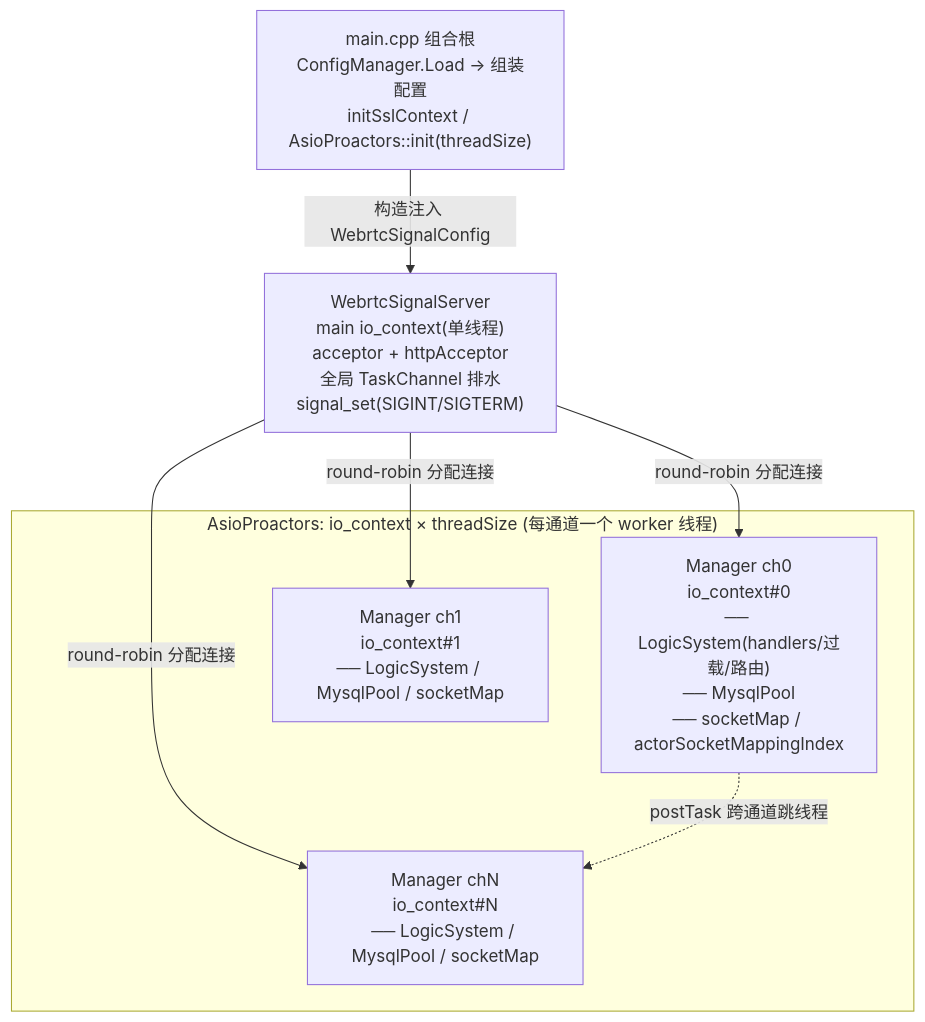
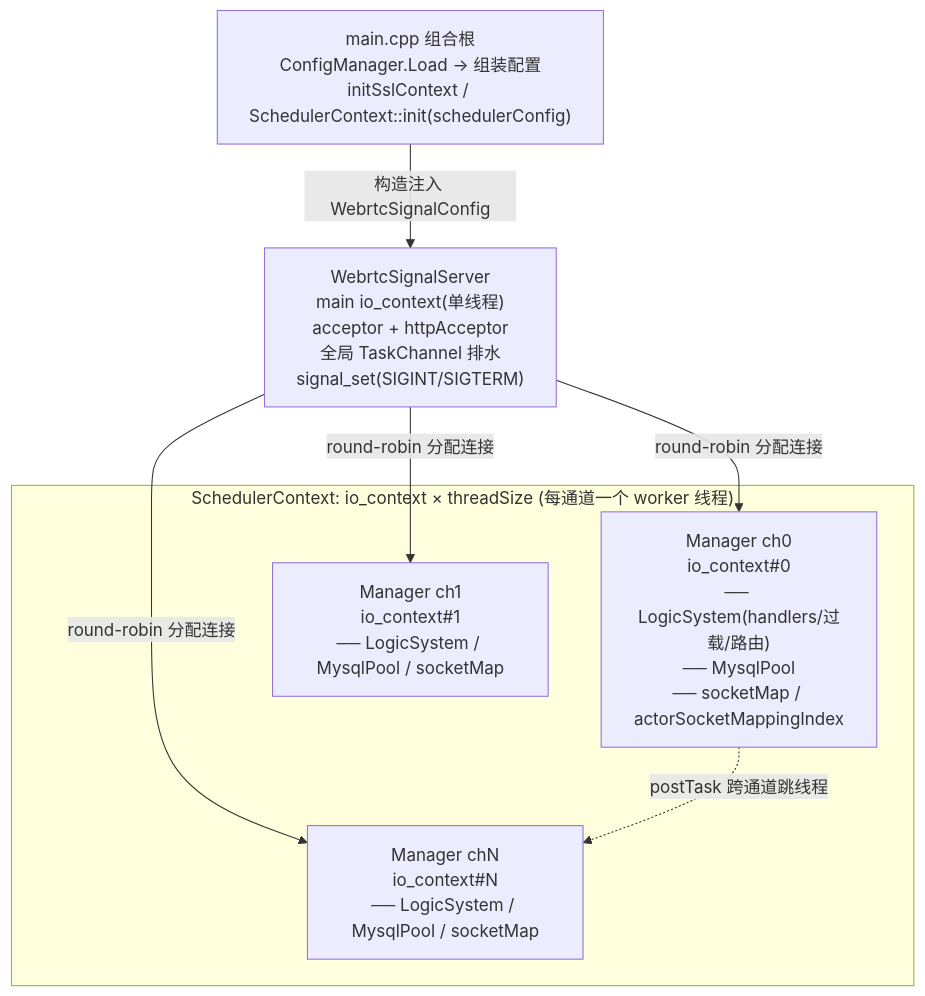
The first of 5 diagrams in WebrtcSignalServer.md (HopeTiga/HopeDesk), drawn with Mermaid before and after one commit. The commit also changed other lines of this file, not shown here.

````diff
--- a/WebrtcSignalServer.md
+++ b/WebrtcSignalServer.md
@@ -79,17 +88,17 @@
 ```mermaid
 flowchart TB
-  main["main.cpp 组合根<br/>ConfigManager.Load → 组装配置<br/>initSslContext / AsioProactors::init(threadSize)"]
+  main["main.cpp 组合根<br/>ConfigManager.Load → 组装配置<br/>initSslContext / SchedulerContext::init(schedulerConfig)"]
   server["WebrtcSignalServer<br/>main io_context(单线程)<br/>acceptor + httpAcceptor<br/>全局 TaskChannel 排水<br/>signal_set(SIGINT/SIGTERM)"]
   main -->|"构造注入 WebrtcSignalConfig"| server
 
-  subgraph pool["AsioProactors: io_context × threadSize (每通道一个 worker 线程)"]
+  subgraph pool["SchedulerContext: io_context × threadSize (每通道一个 worker 线程)"]
     ch0["Manager ch0<br/>io_context#0<br/>── LogicSystem(handlers/过载/路由)<br/>── MysqlPool<br/>── socketMap / actorSocketMappingIndex"]
     ch1["Manager ch1<br/>io_context#1<br/>── LogicSystem / MysqlPool / socketMap"]
     chN["Manager chN<br/>io_context#N<br/>── LogicSystem / MysqlPool / socketMap"]
   end
 
   server -->|round-robin 分配连接| ch0
   server -->|round-robin 分配连接| ch1
   server -->|round-robin 分配连接| chN
   ch0 -.->|postTask 跨通道跳线程| chN
 ```
````
